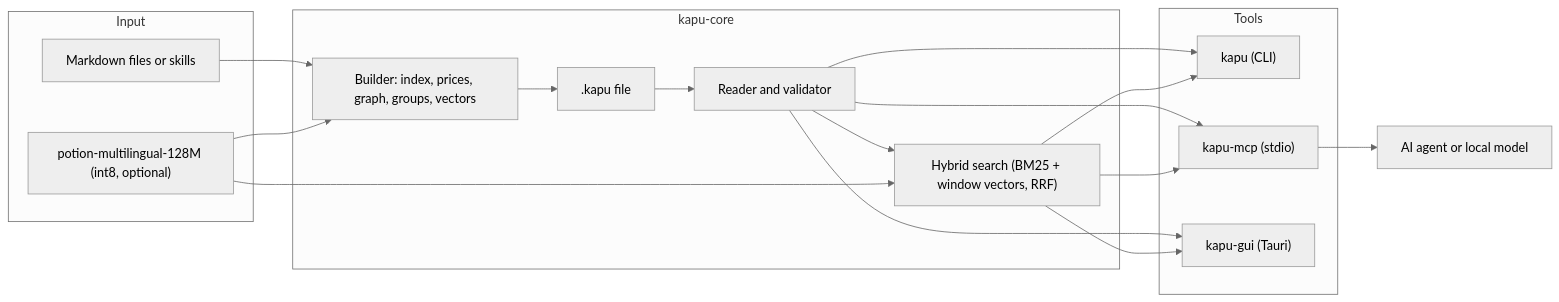
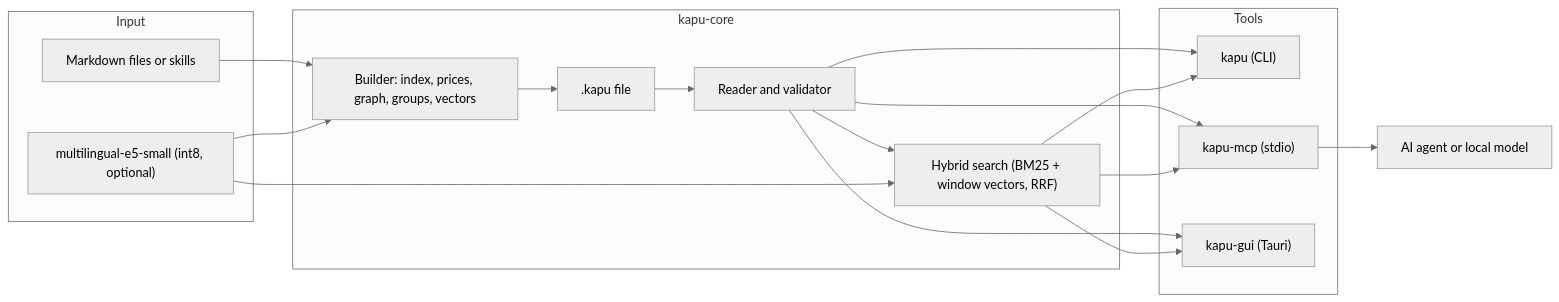
One commit to piszabolcs/kapu changed the diagram in README.md. Above: the diagram before and after it, drawn with Mermaid (neutral theme). The commit also changed other lines of this file and 26 other files, not shown here.

````diff
--- a/README.md
+++ b/README.md
@@ -277,25 +277,25 @@
 ```mermaid
 flowchart LR
   subgraph Input
     MD["Markdown files or skills"]
-    MOD["potion-multilingual-128M (int8, optional)"]
+    MOD["multilingual-e5-small (int8, optional)"]
   end
   subgraph Core["kapu-core"]
     B["Builder: index, prices, graph, groups, vectors"]
     F[".kapu file"]
     R["Reader and validator"]
     S["Hybrid search (BM25 + window vectors, RRF)"]
   end
   subgraph Tools
     CLI["kapu (CLI)"]
     MCP["kapu-mcp (stdio)"]
     GUI["kapu-gui (Tauri)"]
   end
   AG["AI agent or local model"]
   MD --> B --> F --> R --> S
   MOD --> B
   MOD --> S
   R --> CLI & MCP & GUI
   S --> CLI & MCP & GUI
   MCP --> AG
 ```
````
